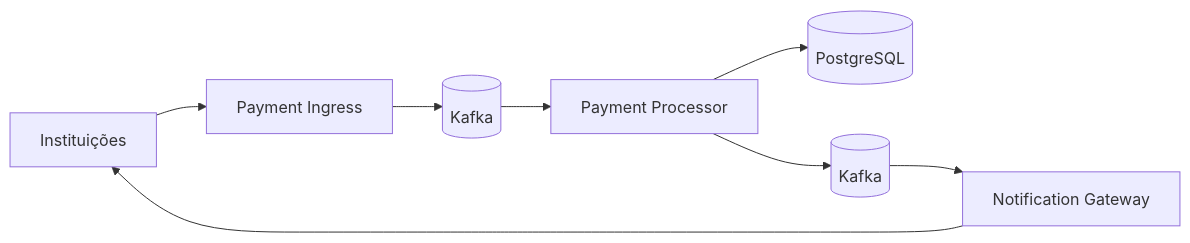
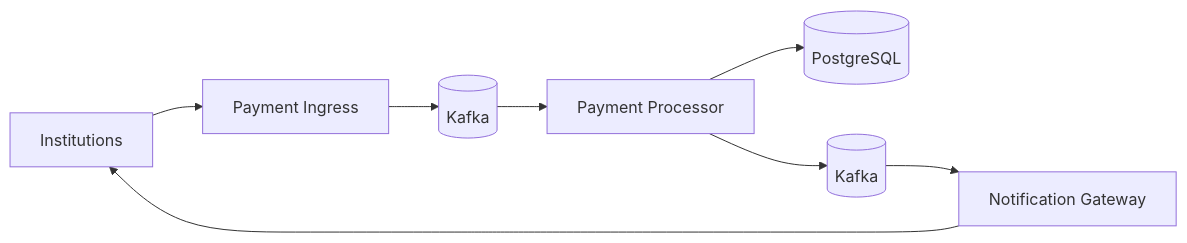
The second of 2 diagrams in docs/design.md (borgeskauan/instant-payment-system), drawn with Mermaid before and after one commit. The commit also changed other lines of this file and 7 other files, not shown here.

````diff
--- a/docs/design.md
+++ b/docs/design.md
@@ -36,10 +36,10 @@
 ```mermaid
 flowchart LR
-    Participants[Instituições] --> Ingress[Payment Ingress]
+    Participants[Institutions] --> Ingress[Payment Ingress]
     Ingress --> Kafka[(Kafka)]
     Kafka --> Processor[Payment Processor]
     Processor --> DB[(PostgreSQL)]
     Processor --> Notifications[(Kafka)]
     Notifications --> Gateway[Notification Gateway]
     Gateway --> Participants
 ```
````
